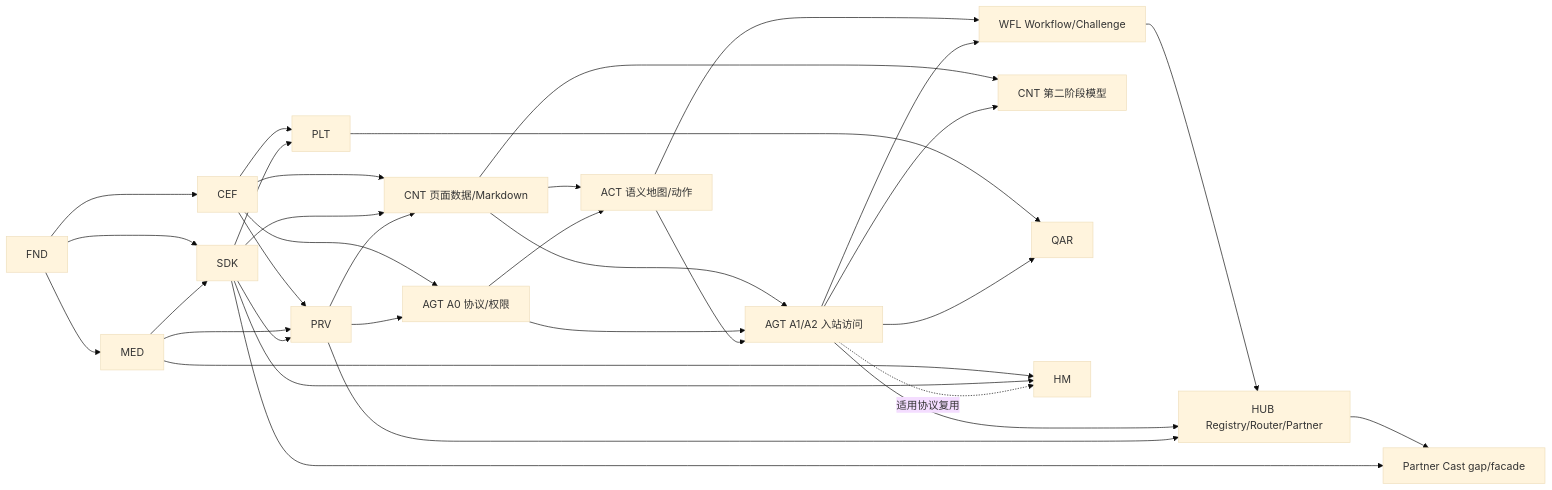
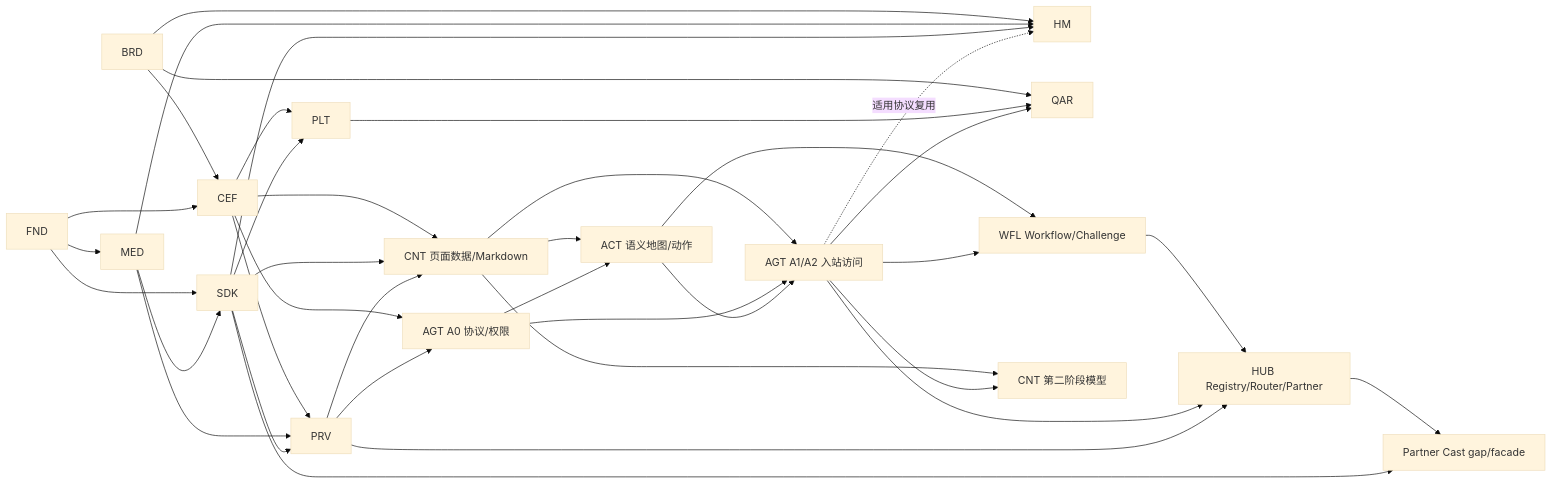
One commit to shenyingjun5/crayon-browser changed the diagram in docs/crayon-private-cast-browser-roadmap.md. Above: the diagram before and after it, drawn with Mermaid (base theme). The commit also changed other lines of this file and 51 other files, not shown here.

Commit message:
feat(brand): 添加跨平台应用图标资产

````diff
--- a/docs/crayon-private-cast-browser-roadmap.md
+++ b/docs/crayon-private-cast-browser-roadmap.md
@@ -52,36 +53,39 @@
 ```mermaid
 flowchart LR
+  BRD --> CEF
+  BRD --> HM
+  BRD --> QAR
   FND --> CEF
   FND --> MED
   FND --> SDK
   MED --> SDK
   CEF --> PLT
   SDK --> PLT
   CEF --> PRV
   MED --> PRV
   SDK --> PRV
   CEF --> CNT["CNT 页面数据/Markdown"]
   SDK --> CNT
   PRV --> CNT
   CEF --> AGT0["AGT A0 协议/权限"]
   PRV --> AGT0
   CNT --> AGT1["AGT A1/A2 入站访问"]
   CNT --> ACT["ACT 语义地图/动作"]
   AGT0 --> ACT
   AGT0 --> AGT1
   ACT --> AGT1
   ACT --> WFL["WFL Workflow/Challenge"]
   AGT1 --> WFL
   WFL --> HUB["HUB Registry/Router/Partner"]
   AGT1 --> HUB
   PRV --> HUB
   CNT --> MODEL["CNT 第二阶段模型"]
   AGT1 --> MODEL
   HUB --> PC["Partner Cast gap/facade"]
   SDK --> PC
   PLT --> QAR
   AGT1 --> QAR
   MED --> HM
   SDK --> HM
   AGT1 -. "适用协议复用" .-> HM
 ```
````
